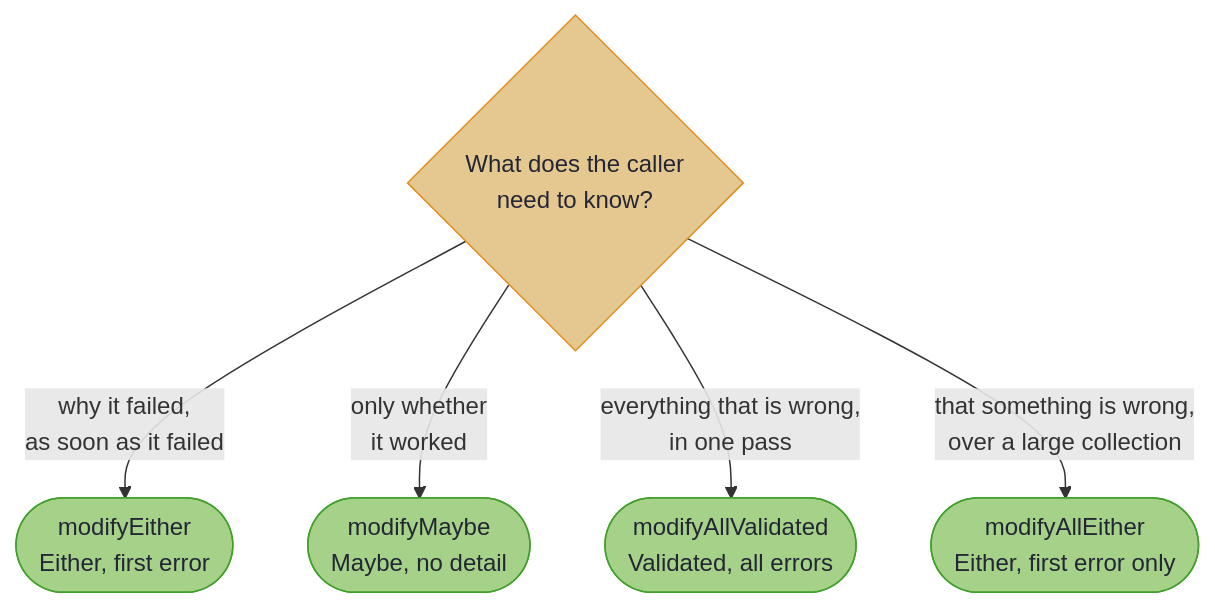
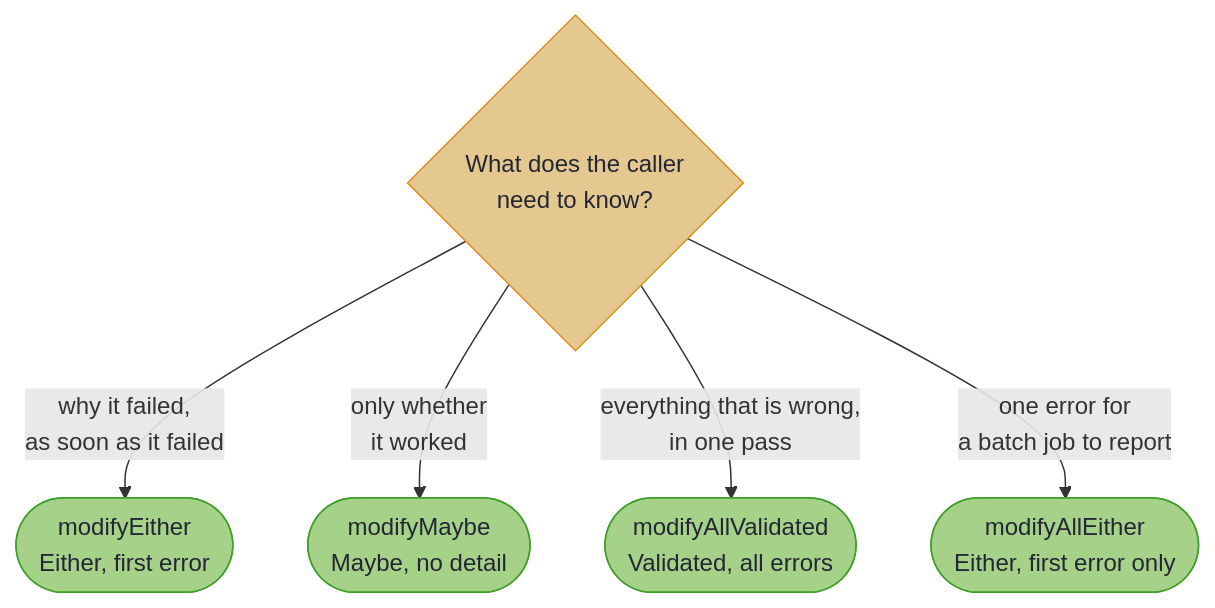
The diagram in hkj-book/src/optics/fluent_api.md (higher-kinded-j/higher-kinded-j), drawn with Mermaid before and after one commit. The commit also changed other lines of this file and 46 other files, not shown here.

````diff
--- a/hkj-book/src/optics/fluent_api.md
+++ b/hkj-book/src/optics/fluent_api.md
@@ -115,13 +63,15 @@
 ```mermaid
 flowchart TD
+    accTitle: Which validation method to use
+    accDescr: If the caller needs to know why an update failed as soon as it failed, use modifyEither. If only whether it worked, modifyMaybe. If everything that is wrong in one pass, modifyAllValidated. If a batch job needs one error to report, modifyAllEither.
     Q{"What does the caller<br/>need to know?"}
     Q -->|"why it failed,<br/>as soon as it failed"| E(["modifyEither<br/>Either, first error"])
     Q -->|"only whether<br/>it worked"| M(["modifyMaybe<br/>Maybe, no detail"])
     Q -->|"everything that is wrong,<br/>in one pass"| V(["modifyAllValidated<br/>Validated, all errors"])
-    Q -->|"that something is wrong,<br/>over a large collection"| A(["modifyAllEither<br/>Either, first error only"])
+    Q -->|"one error for<br/>a batch job to report"| A(["modifyAllEither<br/>Either, first error only"])
 
     classDef decision fill:#e5c890,stroke:#df8e1d,color:#232634
     classDef tier fill:#a6d189,stroke:#40a02b,color:#232634
     class Q decision
     class E,M,V,A tier
 ```
````
